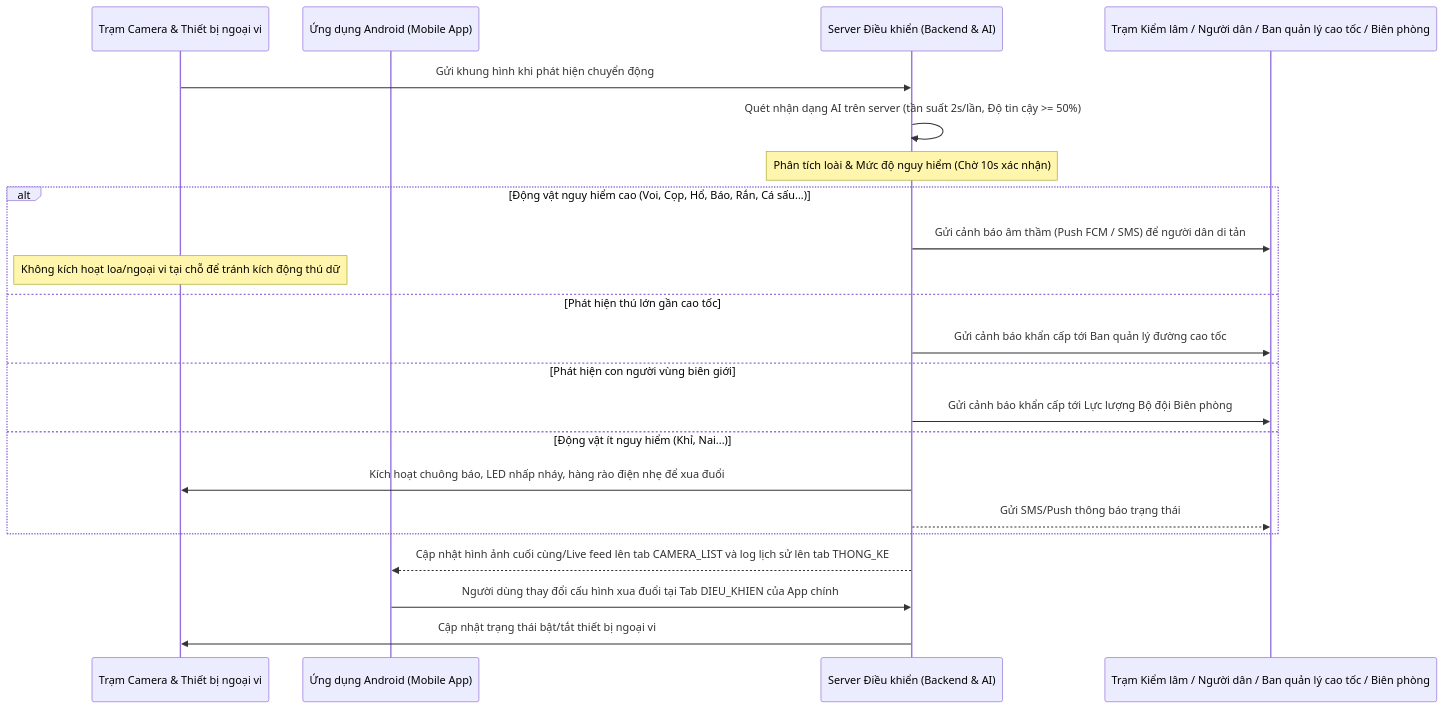
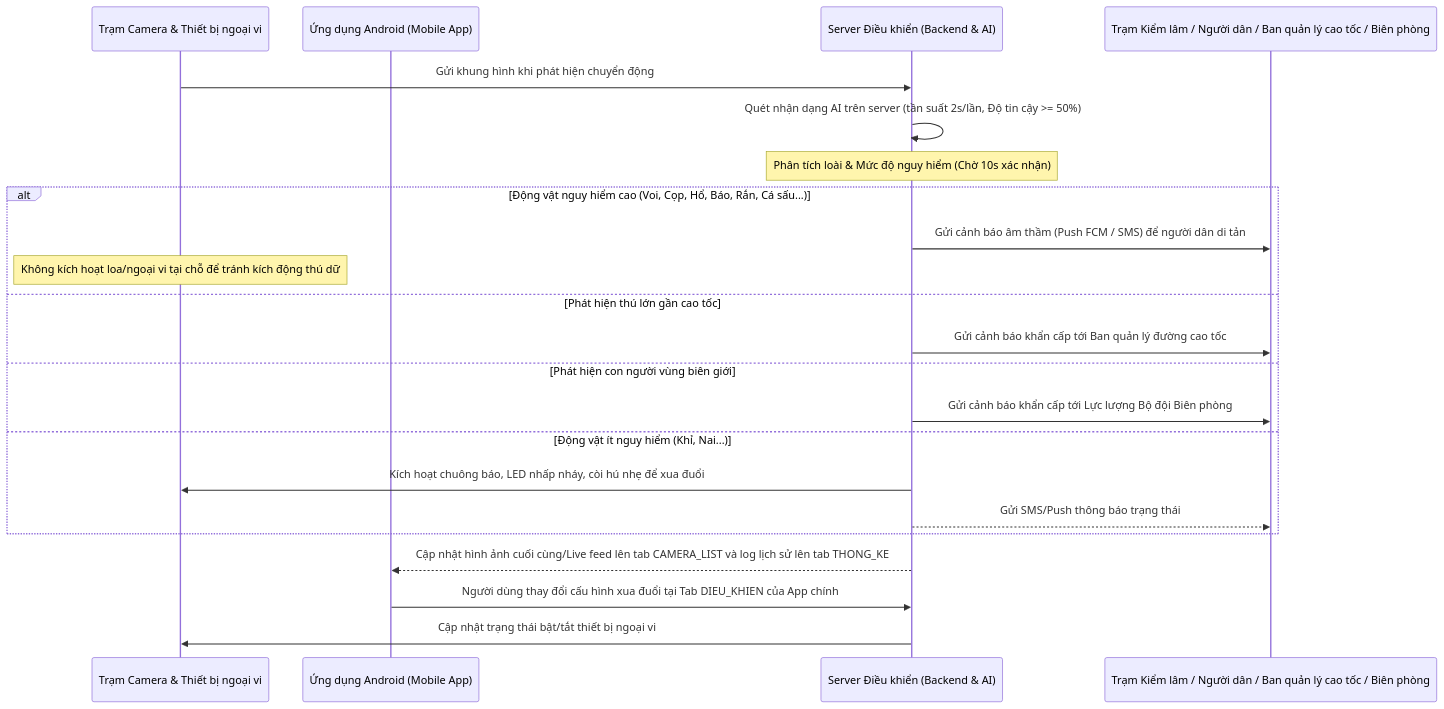
One commit to trungnguyenthien/Wildlife-Warning-and-Deterrence-System changed the third of 3 diagrams in docs/01-de-tai-nghien-cuu-canh-bao-dong-vat.md. Above: the diagram before and after it, drawn with Mermaid. The commit also changed other lines of this file and 75 other files, not shown here.

````diff
--- a/docs/01-de-tai-nghien-cuu-canh-bao-dong-vat.md
+++ b/docs/01-de-tai-nghien-cuu-canh-bao-dong-vat.md
@@ -178,27 +178,27 @@
 ```mermaid
 sequenceDiagram
     participant Cam as Trạm Camera & Thiết bị ngoại vi
     participant App as Ứng dụng Android (Mobile App)
     participant Server as Server Điều khiển (Backend & AI)
     participant Ranger as Trạm Kiểm lâm / Người dân / Ban quản lý cao tốc / Biên phòng
 
     Cam->>Server: Gửi khung hình khi phát hiện chuyển động
     Server->>Server: Quét nhận dạng AI trên server (tần suất 2s/lần, Độ tin cậy >= 50%)
     Note over Server: Phân tích loài & Mức độ nguy hiểm (Chờ 10s xác nhận)
 
     alt Động vật nguy hiểm cao (Voi, Cọp, Hổ, Báo, Rắn, Cá sấu...)
         Server->>Ranger: Gửi cảnh báo âm thầm (Push FCM / SMS) để người dân di tản
         Note over Cam: Không kích hoạt loa/ngoại vi tại chỗ để tránh kích động thú dữ
     else Phát hiện thú lớn gần cao tốc
         Server->>Ranger: Gửi cảnh báo khẩn cấp tới Ban quản lý đường cao tốc
     else Phát hiện con người vùng biên giới
         Server->>Ranger: Gửi cảnh báo khẩn cấp tới Lực lượng Bộ đội Biên phòng
     else Động vật ít nguy hiểm (Khỉ, Nai...)
-        Server->>Cam: Kích hoạt chuông báo, LED nhấp nháy, hàng rào điện nhẹ để xua đuổi
+        Server->>Cam: Kích hoạt chuông báo, LED nhấp nháy, còi hú nhẹ để xua đuổi
         Server-->>Ranger: Gửi SMS/Push thông báo trạng thái
     end
 
     Server-->>App: Cập nhật hình ảnh cuối cùng/Live feed lên tab CAMERA_LIST và log lịch sử lên tab THONG_KE
     App->>Server: Người dùng thay đổi cấu hình xua đuổi tại Tab DIEU_KHIEN của App chính
     Server->>Cam: Cập nhật trạng thái bật/tắt thiết bị ngoại vi
 ```
````
